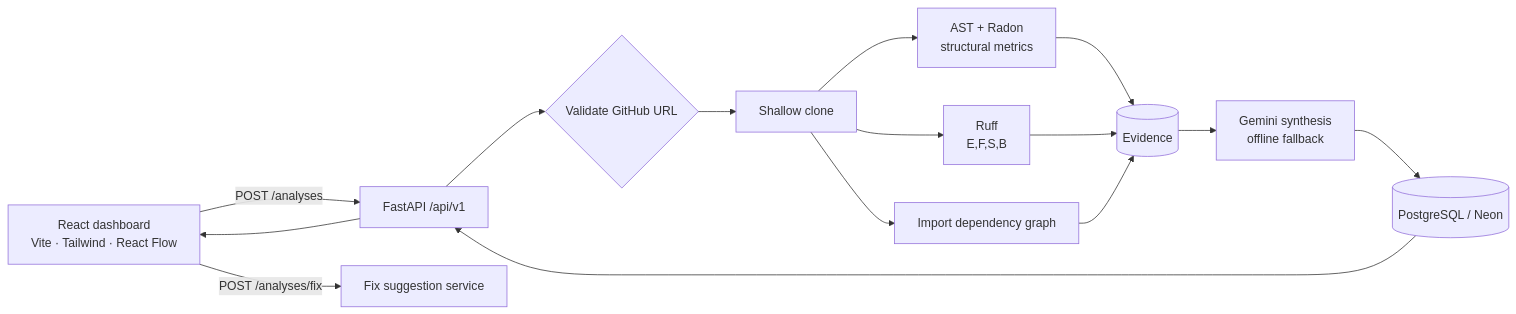
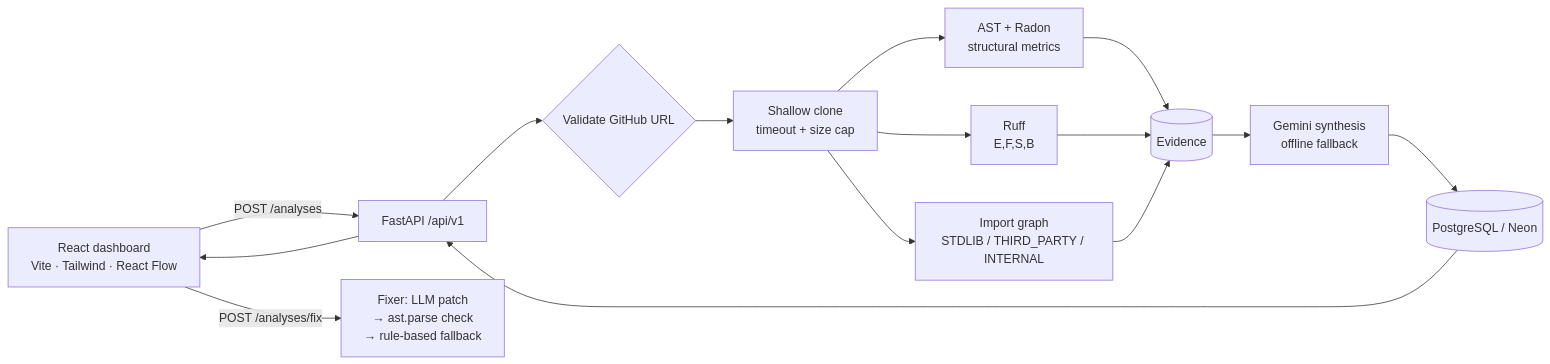
The diagram in README.md (ShashankSingh2020/AI-code-review), drawn with Mermaid before and after one commit. The commit also changed other lines of this file, not shown here.

````diff
--- a/README.md
+++ b/README.md
@@ -31,17 +32,17 @@
 ```mermaid
 flowchart LR
     UI[React dashboard<br/>Vite · Tailwind · React Flow] -->|POST /analyses| API[FastAPI /api/v1]
     API --> V{Validate GitHub URL}
-    V --> CL[Shallow clone]
+    V --> CL[Shallow clone<br/>timeout + size cap]
     CL --> AST[AST + Radon<br/>structural metrics]
     CL --> RUFF[Ruff<br/>E,F,S,B]
-    CL --> DEP[Import dependency graph]
+    CL --> DEP[Import graph<br/>STDLIB / THIRD_PARTY / INTERNAL]
     AST --> EV[(Evidence)]
     RUFF --> EV
     DEP --> EV
     EV --> AI[Gemini synthesis<br/>offline fallback]
     AI --> DB[(PostgreSQL / Neon)]
     DB --> API
     API --> UI
-    UI -->|POST /analyses/fix| FIX[Fix suggestion service]
+    UI -->|POST /analyses/fix| FIX[Fixer: LLM patch<br/>→ ast.parse check<br/>→ rule-based fallback]
 ```
````
